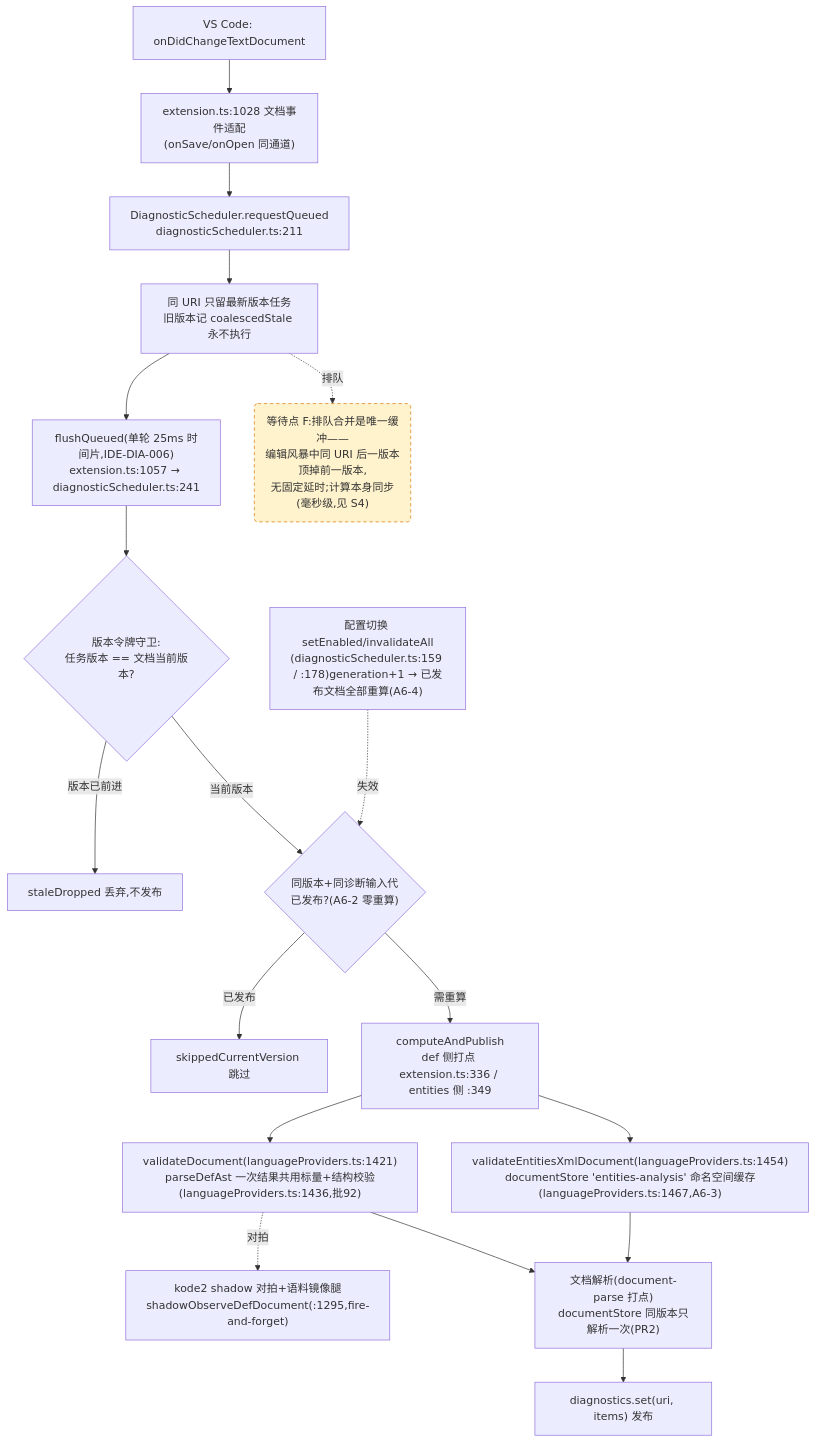
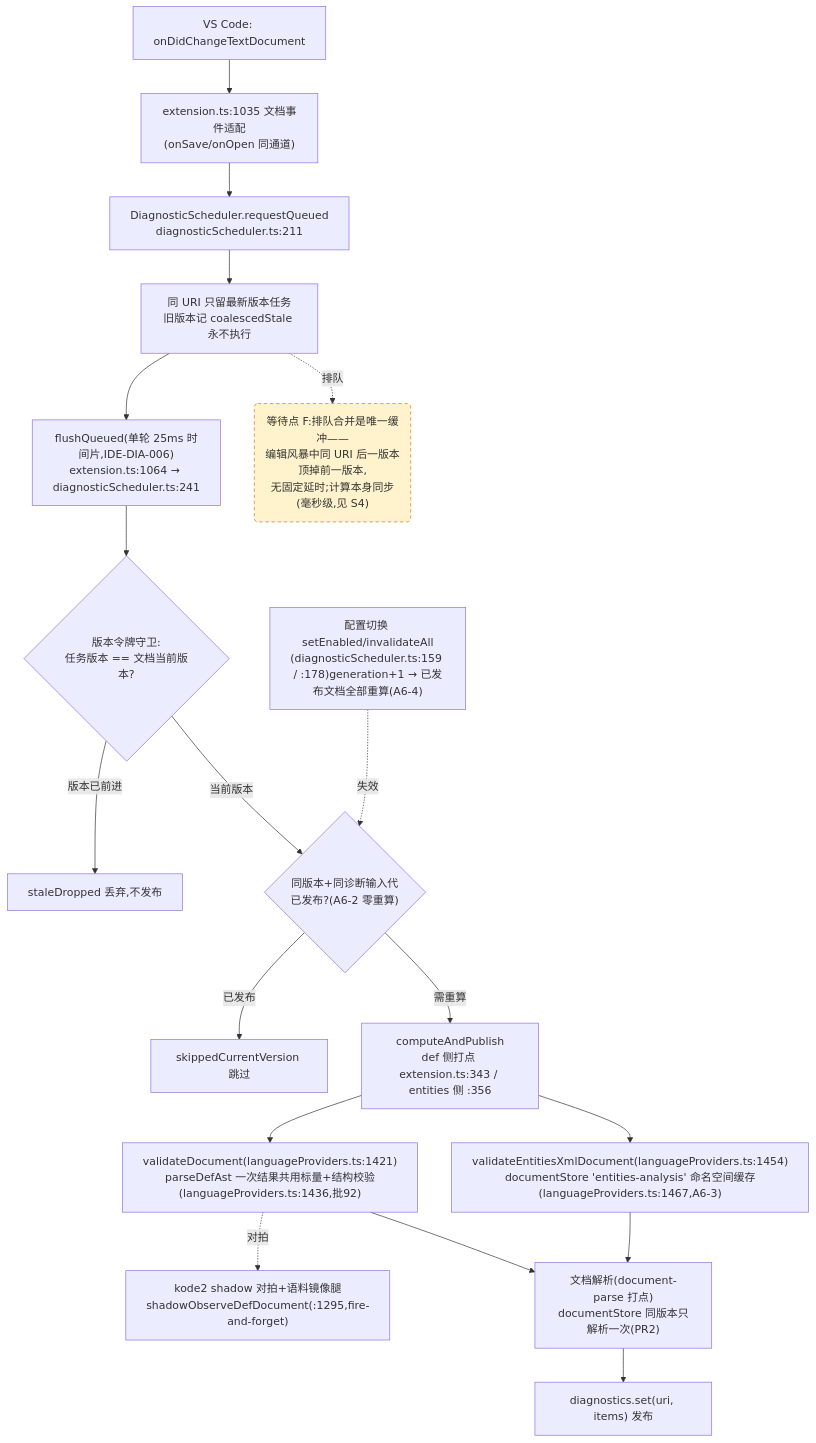
Before and after one commit to cuihairu/kode: the fourth of 4 diagrams in docs/perf/2026-baseline.md, drawn with Mermaid. The commit also changed other lines of this file and 11 other files, not shown here.

````diff
--- a/docs/perf/2026-baseline.md
+++ b/docs/perf/2026-baseline.md
@@ -214,38 +214,38 @@
 ```mermaid
 flowchart TD
   CHG["VS Code: onDidChangeTextDocument"]
-  WATCH["extension.ts:1028 文档事件适配<br/>(onSave/onOpen 同通道)"]
+  WATCH["extension.ts:1035 文档事件适配<br/>(onSave/onOpen 同通道)"]
   RQ["DiagnosticScheduler.requestQueued<br/>diagnosticScheduler.ts:211"]
   CO["同 URI 只留最新版本任务<br/>旧版本记 coalescedStale 永不执行"]
-  FL["flushQueued(单轮 25ms 时间片,IDE-DIA-006)<br/>extension.ts:1057 → diagnosticScheduler.ts:241"]
+  FL["flushQueued(单轮 25ms 时间片,IDE-DIA-006)<br/>extension.ts:1064 → diagnosticScheduler.ts:241"]
   VG{"版本令牌守卫:<br/>任务版本 == 文档当前版本?"}
   DROP["staleDropped 丢弃,不发布"]
   GEN{"同版本+同诊断输入代<br/>已发布?(A6-2 零重算)"}
   SKIP["skippedCurrentVersion 跳过"]
-  CALC["computeAndPublish<br/>def 侧打点 extension.ts:336 / entities 侧 :349"]
+  CALC["computeAndPublish<br/>def 侧打点 extension.ts:343 / entities 侧 :356"]
   VD["validateDocument(languageProviders.ts:1421)<br/>parseDefAst 一次结果共用标量+结构校验(languageProviders.ts:1436,批92)"]
   VEX["validateEntitiesXmlDocument(languageProviders.ts:1454)<br/>documentStore 'entities-analysis' 命名空间缓存(languageProviders.ts:1467,A6-3)"]
   SHDD["kode2 shadow 对拍+语料镜像腿<br/>shadowObserveDefDocument(:1295,fire-and-forget)"]
   DS["文档解析(document-parse 打点)<br/>documentStore 同版本只解析一次(PR2)"]
   PUB["diagnostics.set(uri, items) 发布"]
   CFG2["配置切换 setEnabled/invalidateAll<br/>(diagnosticScheduler.ts:159 / :178)generation+1 → 已发布文档全部重算(A6-4)"]
 
   CHG --> WATCH --> RQ --> CO --> FL --> VG
   VG -- "版本已前进" --> DROP
   VG -- "当前版本" --> GEN
   GEN -- "已发布" --> SKIP
   GEN -- "需重算" --> CALC
   CALC --> VD
   CALC --> VEX
   VD --> DS
   VEX --> DS
   DS --> PUB
   VD -.->|对拍| SHDD
   CFG2 -.->|失效| GEN
 
   WAITF("等待点 F:排队合并是唯一缓冲——<br/>编辑风暴中同 URI 后一版本顶掉前一版本,<br/>无固定延时;计算本身同步(毫秒级,见 S4)")
   CO -.->|排队| WAITF
 
   classDef waitPoint fill:#fff3cd,stroke:#d97706,stroke-dasharray:5 4;
   class WAITF waitPoint;
 ```
````
